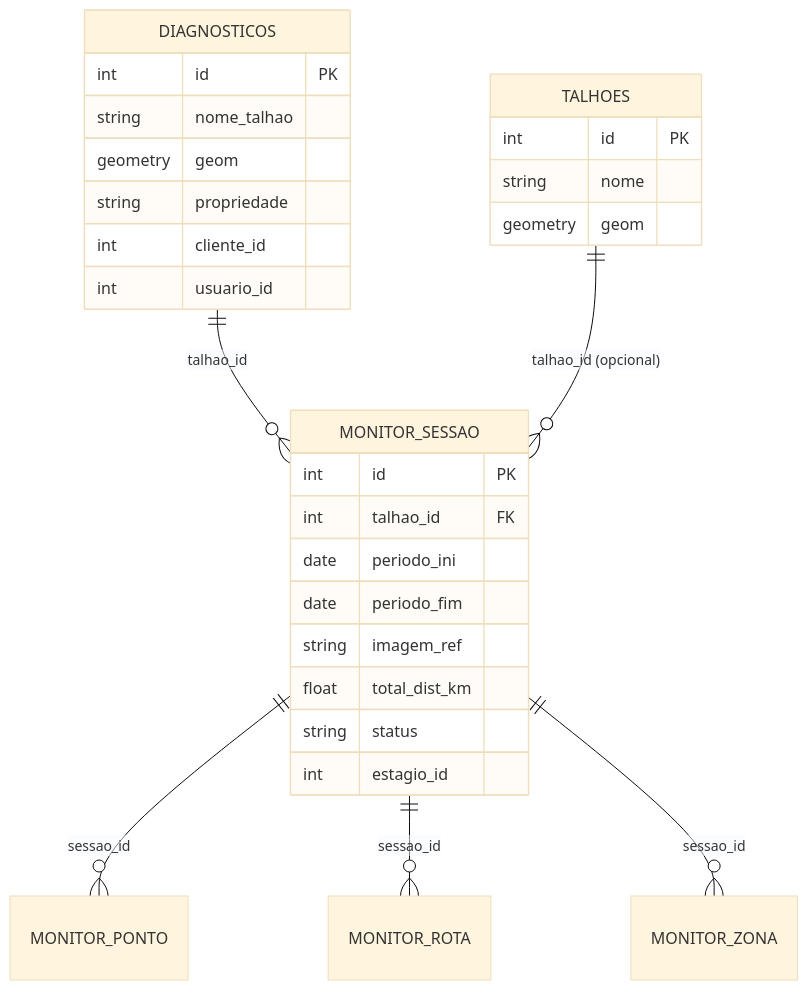
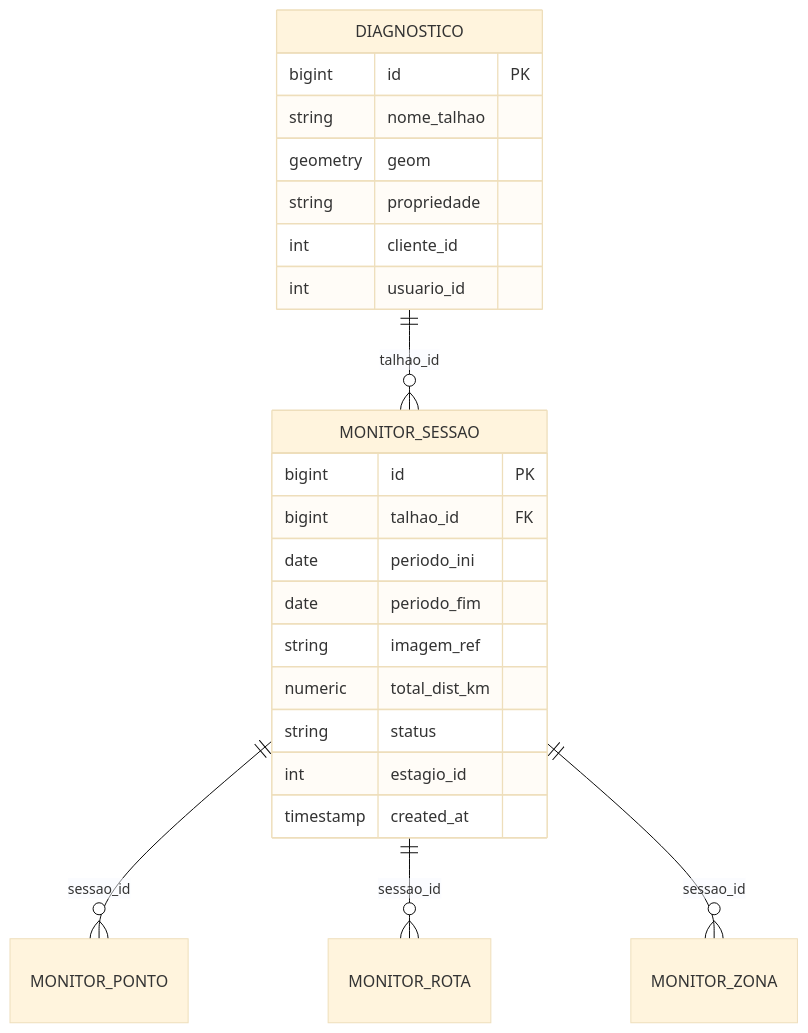
Before and after one commit to Sertan-AI/documentacao-ss-camada1: the first of 3 diagrams in docs_talhao_id.md, drawn with Mermaid (base theme). The commit also changed other lines of this file and 1 other file, not shown here.

Commit message:
Correções em docs_talhao_id.md

````diff
--- a/docs_talhao_id.md
+++ b/docs_talhao_id.md
@@ -34,34 +34,28 @@
 ```mermaid
 erDiagram
-    DIAGNOSTICOS ||--o{ MONITOR_SESSAO : "talhao_id"
-    TALHOES ||--o{ MONITOR_SESSAO : "talhao_id (opcional)"
+    DIAGNOSTICO ||--o{ MONITOR_SESSAO : "talhao_id"
     MONITOR_SESSAO ||--o{ MONITOR_PONTO : "sessao_id"
     MONITOR_SESSAO ||--o{ MONITOR_ROTA : "sessao_id"
     MONITOR_SESSAO ||--o{ MONITOR_ZONA : "sessao_id"
     
-    DIAGNOSTICOS {
-        int id PK
+    DIAGNOSTICO {
+        bigint id PK
         string nome_talhao
         geometry geom
         string propriedade
         int cliente_id
         int usuario_id
     }
     
-    TALHOES {
-        int id PK
-        string nome
-        geometry geom
-    }
-    
     MONITOR_SESSAO {
-        int id PK
-        int talhao_id FK
+        bigint id PK
+        bigint talhao_id FK
         date periodo_ini
         date periodo_fim
         string imagem_ref
-        float total_dist_km
+        numeric total_dist_km
         string status
         int estagio_id
+        timestamp created_at
     }
 ```
````
